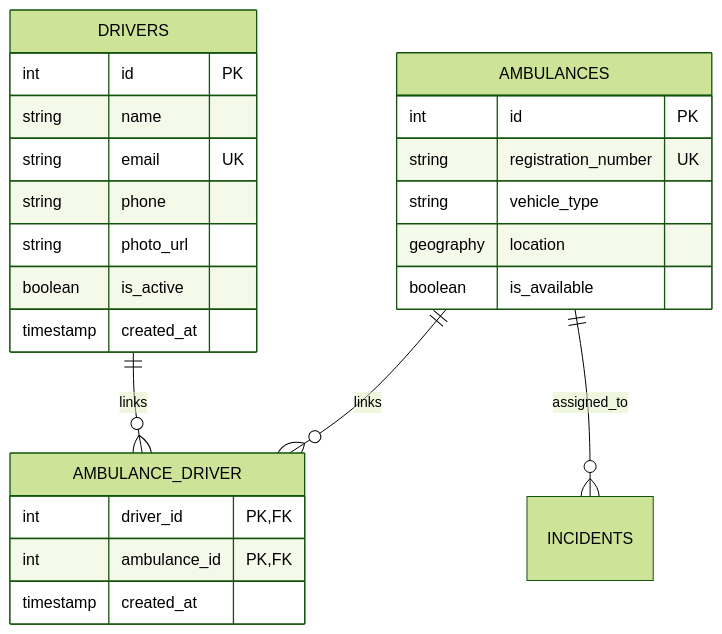
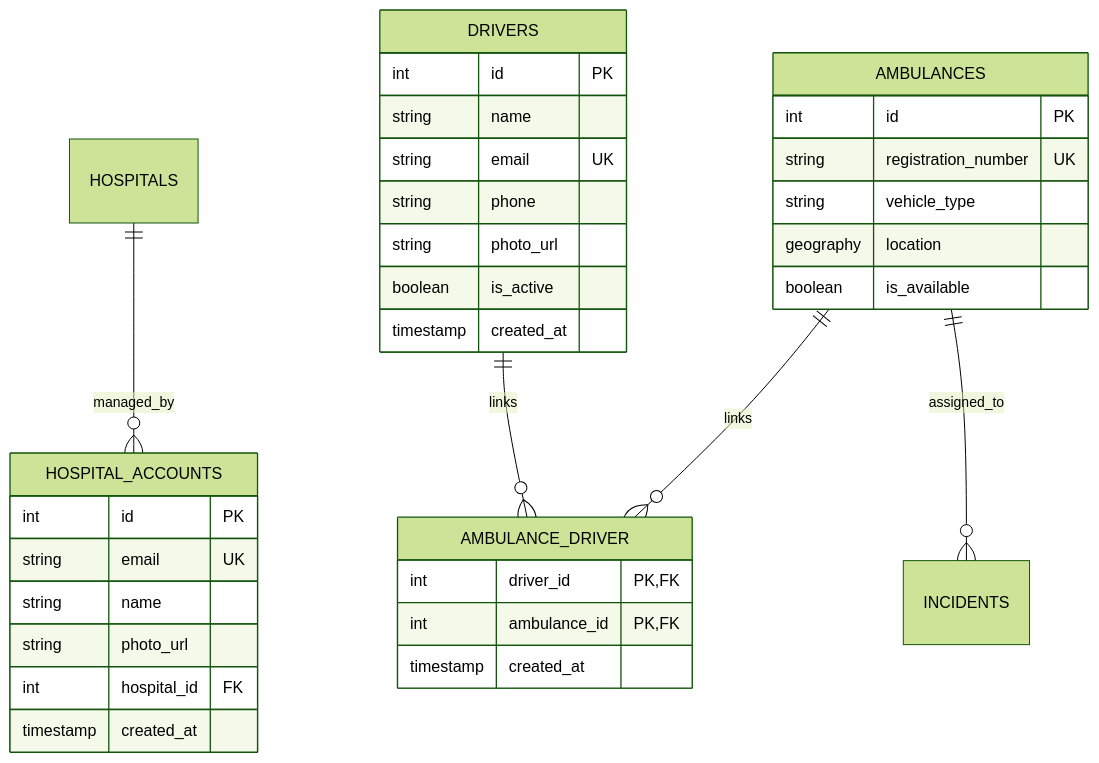
Before and after one commit to aneeshhmon-create/ambulance-main-project: the diagram in docs/driver_auth_api.md, drawn with Mermaid (forest theme). The commit also changed other lines of this file and 16 other files, not shown here.

First line of the commit message:
feat(auth): hospital accounts, registration flow, owner-only hospital edits

````diff
--- a/docs/driver_auth_api.md
+++ b/docs/driver_auth_api.md
@@ -98,30 +132,40 @@
 ```mermaid
 erDiagram
+    HOSPITALS ||--o{ HOSPITAL_ACCOUNTS : managed_by
     DRIVERS ||--o{ AMBULANCE_DRIVER : links
     AMBULANCES ||--o{ AMBULANCE_DRIVER : links
     AMBULANCES ||--o{ INCIDENTS : assigned_to
+
+    HOSPITAL_ACCOUNTS {
+        int id PK
+        string email UK
+        string name
+        string photo_url
+        int hospital_id FK
+        timestamp created_at
+    }
 
     DRIVERS {
         int id PK
         string name
         string email UK
         string phone
         string photo_url
         boolean is_active
         timestamp created_at
     }
 
     AMBULANCE_DRIVER {
         int driver_id PK,FK
         int ambulance_id PK,FK
         timestamp created_at
     }
 
     AMBULANCES {
         int id PK
         string registration_number UK
         string vehicle_type
         geography location
         boolean is_available
     }
 ```
````
